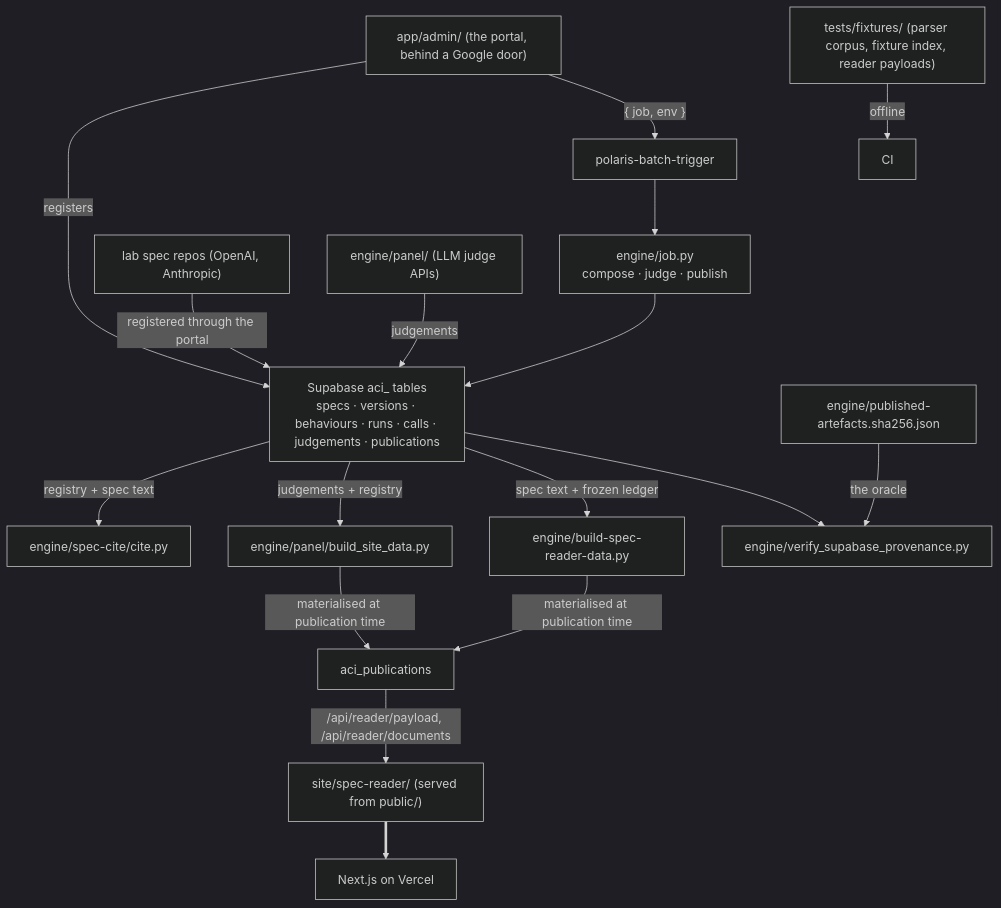
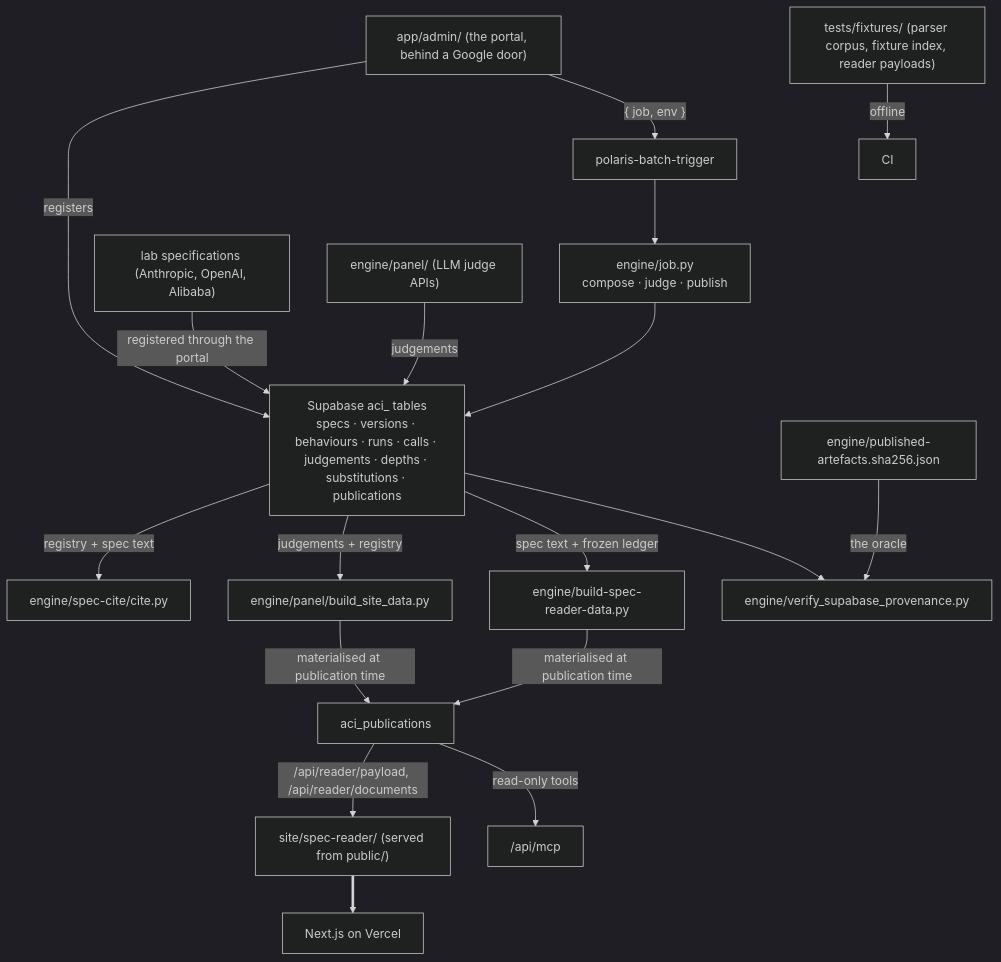
One commit to polariscollective/ai-character-index changed the diagram in SYSTEM.md. Above: the diagram before and after it, drawn with Mermaid (dark theme). The commit also changed other lines of this file and 13 other files, not shown here.

````diff
--- a/SYSTEM.md
+++ b/SYSTEM.md
@@ -17,18 +17,19 @@
 ```mermaid
 graph TB
   admin["app/admin/ (the portal, behind a Google door)"] -->|"registers"| sb
   admin -->|"{ job, env }"| trig["polaris-batch-trigger"] --> job["engine/job.py<br/>compose · judge · publish"]
   job --> sb
-  labs["lab spec repos (OpenAI, Anthropic)"] -->|"registered through the portal"| sb
-  sb["Supabase aci_ tables<br/>specs · versions · behaviours · runs · calls · judgements · publications"]
+  labs["lab specifications (Anthropic, OpenAI, Alibaba)"] -->|"registered through the portal"| sb
+  sb["Supabase aci_ tables<br/>specs · versions · behaviours · runs · calls · judgements · depths · substitutions · publications"]
   panel["engine/panel/ (LLM judge APIs)"] -->|"judgements"| sb
   sb -->|"registry + spec text"| cite["engine/spec-cite/cite.py"]
   sb -->|"judgements + registry"| bsd["engine/panel/build_site_data.py"]
   sb -->|"spec text + frozen ledger"| bsr["engine/build-spec-reader-data.py"]
   bsd & bsr -->|"materialised at publication time"| pub["aci_publications"]
   pub -->|"/api/reader/payload, /api/reader/documents"| reader["site/spec-reader/ (served from public/)"]
+  pub -->|"read-only tools"| mcp["/api/mcp"]
   reader ==> vc["Next.js on Vercel"]
   rec["engine/published-artefacts.sha256.json"] -->|"the oracle"| ver["engine/verify_supabase_provenance.py"]
   sb --> ver
   fix["tests/fixtures/ (parser corpus, fixture index, reader payloads)"] -->|"offline"| ci["CI"]
 ```
````
